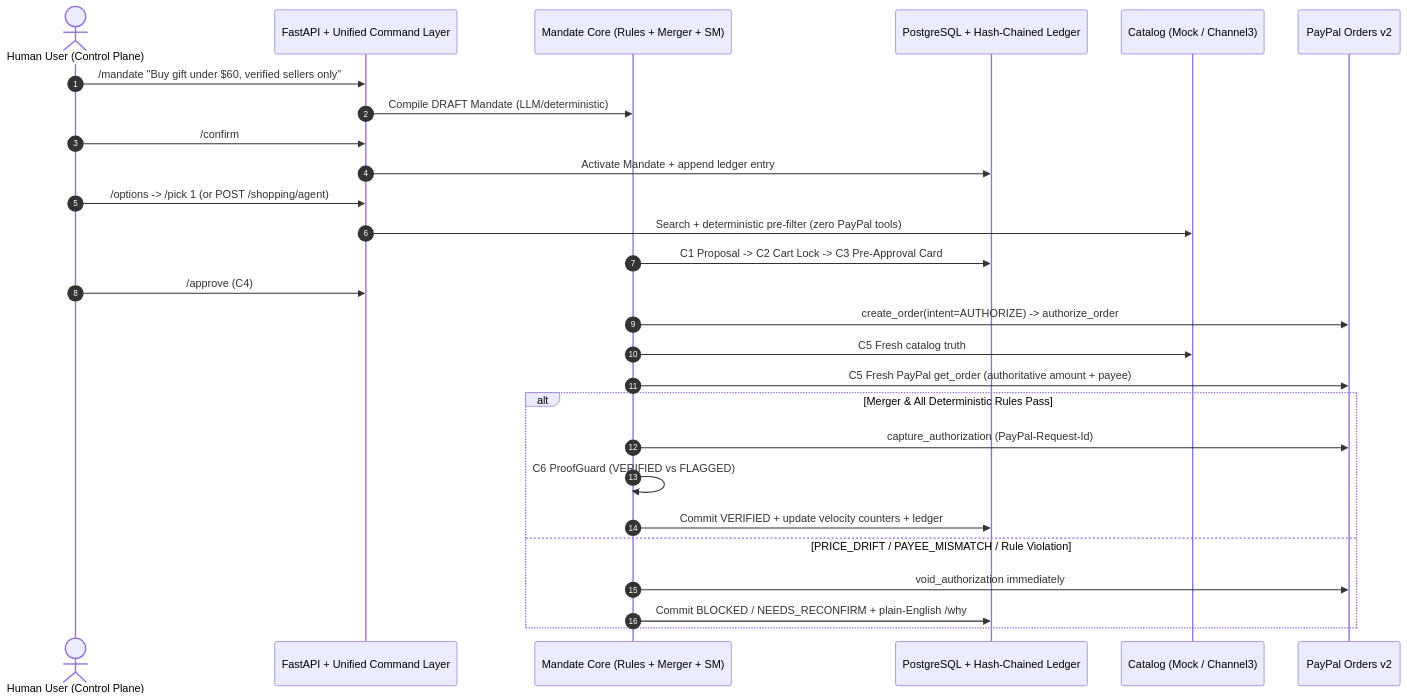
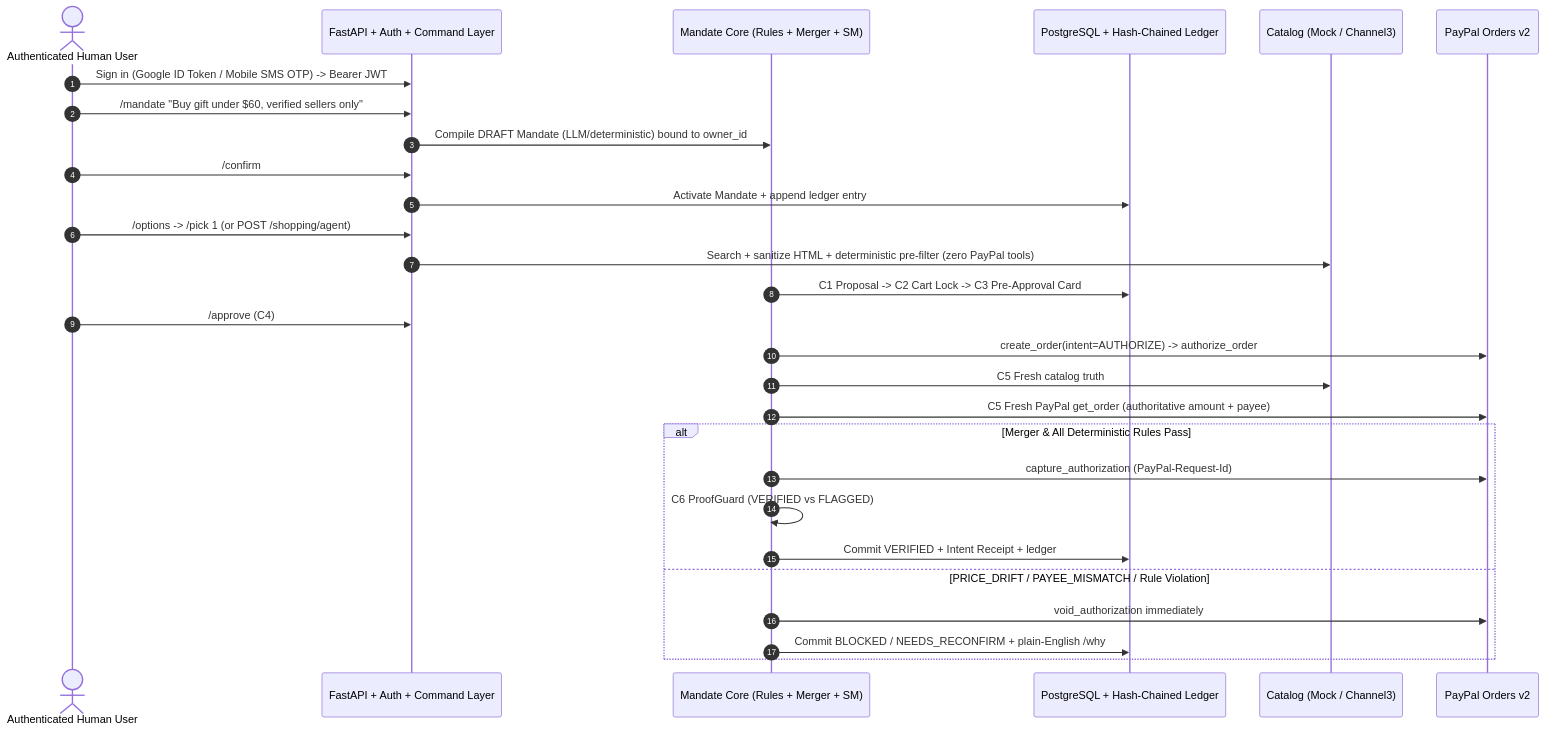
One commit to Srijanhub/mandate changed the diagram in README.md. Above: the diagram before and after it, drawn with Mermaid. The commit also changed other lines of this file and 26 other files, not shown here.

Commit message:
security(auth,core,api): enforce per-user isolation, secret redaction, prod guards, and update README

````diff
--- a/README.md
+++ b/README.md
@@ -39,30 +42,31 @@
 ```mermaid
 sequenceDiagram
     autonumber
-    actor User as Human User (Control Plane)
-    participant API as FastAPI + Unified Command Layer
+    actor User as Authenticated Human User
+    participant API as FastAPI + Auth + Command Layer
     participant Core as Mandate Core (Rules + Merger + SM)
     participant DB as PostgreSQL + Hash-Chained Ledger
     participant Catalog as Catalog (Mock / Channel3)
     participant PP as PayPal Orders v2
 
+    User->>API: Sign in (Google ID Token / Mobile SMS OTP) -> Bearer JWT
     User->>API: /mandate "Buy gift under $60, verified sellers only"
-    API->>Core: Compile DRAFT Mandate (LLM/deterministic)
+    API->>Core: Compile DRAFT Mandate (LLM/deterministic) bound to owner_id
     User->>API: /confirm
     API->>DB: Activate Mandate + append ledger entry
     User->>API: /options -> /pick 1 (or POST /shopping/agent)
-    API->>Catalog: Search + deterministic pre-filter (zero PayPal tools)
+    API->>Catalog: Search + sanitize HTML + deterministic pre-filter (zero PayPal tools)
     Core->>DB: C1 Proposal -> C2 Cart Lock -> C3 Pre-Approval Card
     User->>API: /approve (C4)
     Core->>PP: create_order(intent=AUTHORIZE) -> authorize_order
     Core->>Catalog: C5 Fresh catalog truth
     Core->>PP: C5 Fresh PayPal get_order (authoritative amount + payee)
     alt Merger & All Deterministic Rules Pass
         Core->>PP: capture_authorization (PayPal-Request-Id)
         Core->>Core: C6 ProofGuard (VERIFIED vs FLAGGED)
-        Core->>DB: Commit VERIFIED + update velocity counters + ledger
+        Core->>DB: Commit VERIFIED + Intent Receipt + ledger
     else PRICE_DRIFT / PAYEE_MISMATCH / Rule Violation
         Core->>PP: void_authorization immediately
         Core->>DB: Commit BLOCKED / NEEDS_RECONFIRM + plain-English /why
     end
 ```
````
